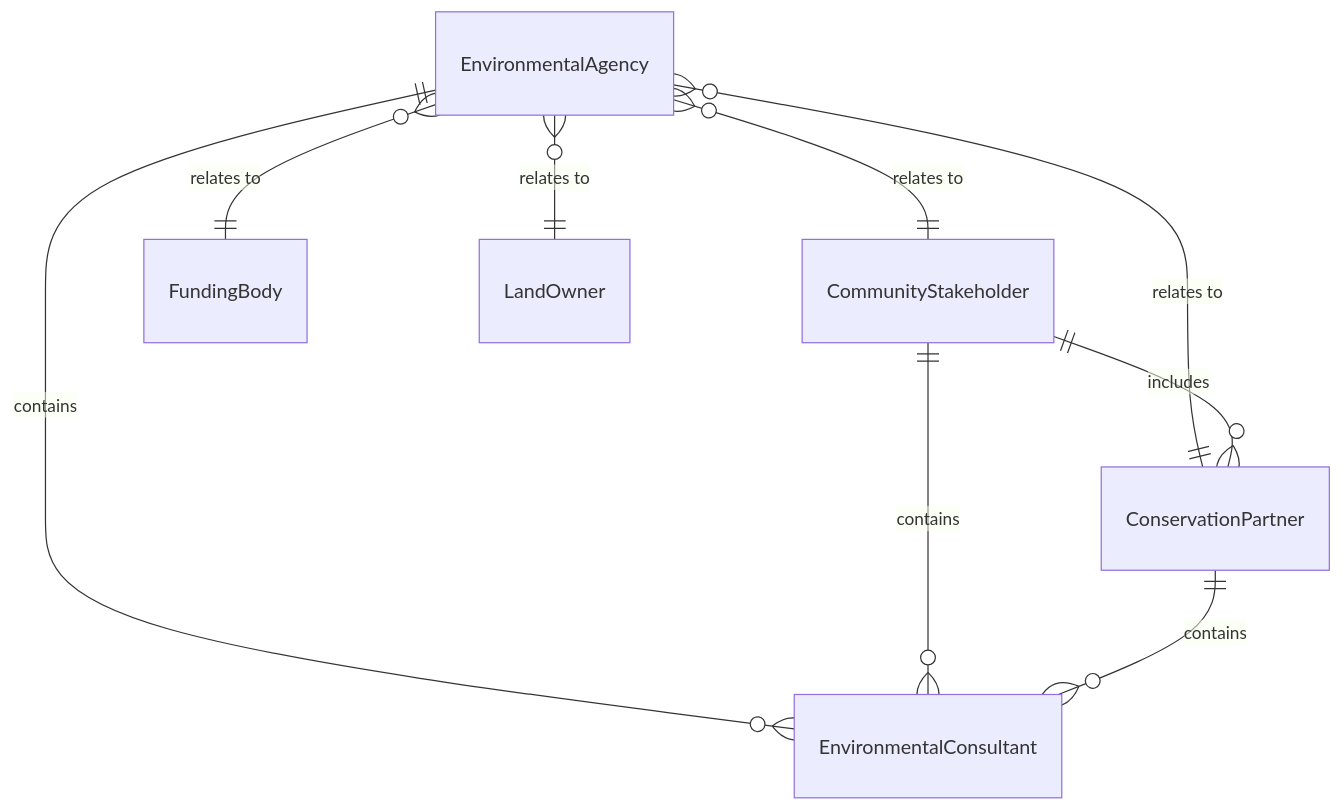
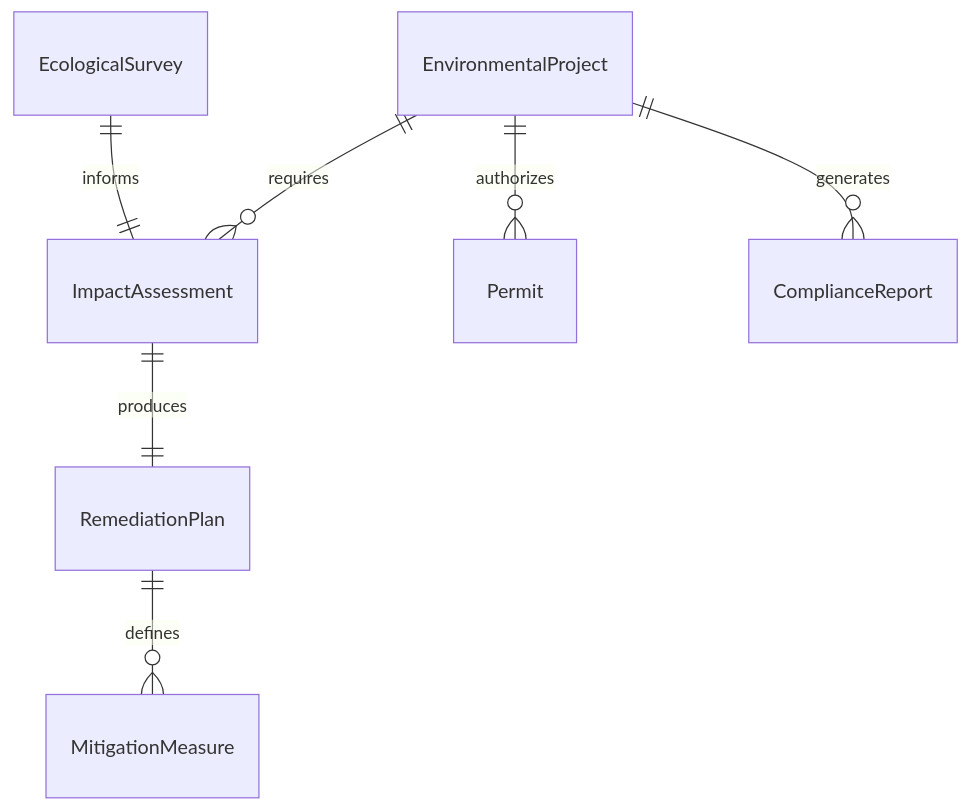
The first of 4 diagrams in GuidingDirectingAndMotivatingSubordinates/DirectOrganizationalOperationsActivitiesOrProcedures/DirectEnvironmentalDevelopmentActivities.mdx (dot-org-ai/tasks.org.ai), drawn with Mermaid before and after one commit. The commit also changed other lines of this file and 515 other files, not shown here.

````diff
--- a/GuidingDirectingAndMotivatingSubordinates/DirectOrganizationalOperationsActivitiesOrProcedures/DirectEnvironmentalDevelopmentActivities.mdx
+++ b/GuidingDirectingAndMotivatingSubordinates/DirectOrganizationalOperationsActivitiesOrProcedures/DirectEnvironmentalDevelopmentActivities.mdx
@@ -92,11 +92,9 @@
 ```mermaid
 erDiagram
-    EnvironmentalAgency }o--|| CommunityStakeholder : "relates to"
-    EnvironmentalAgency }o--|| ConservationPartner : "relates to"
-    EnvironmentalAgency ||--o{ EnvironmentalConsultant : contains
-    EnvironmentalAgency }o--|| FundingBody : "relates to"
-    EnvironmentalAgency }o--|| LandOwner : "relates to"
-    CommunityStakeholder ||--o{ ConservationPartner : includes
-    CommunityStakeholder ||--o{ EnvironmentalConsultant : contains
-    ConservationPartner ||--o{ EnvironmentalConsultant : contains
+    EnvironmentalProject ||--o{ ImpactAssessment : "requires"
+    ImpactAssessment ||--|| RemediationPlan : "produces"
+    EnvironmentalProject ||--o{ Permit : "authorizes"
+    RemediationPlan ||--o{ MitigationMeasure : "defines"
+    EcologicalSurvey ||--|| ImpactAssessment : "informs"
+    EnvironmentalProject ||--o{ ComplianceReport : "generates"
 ```
````
